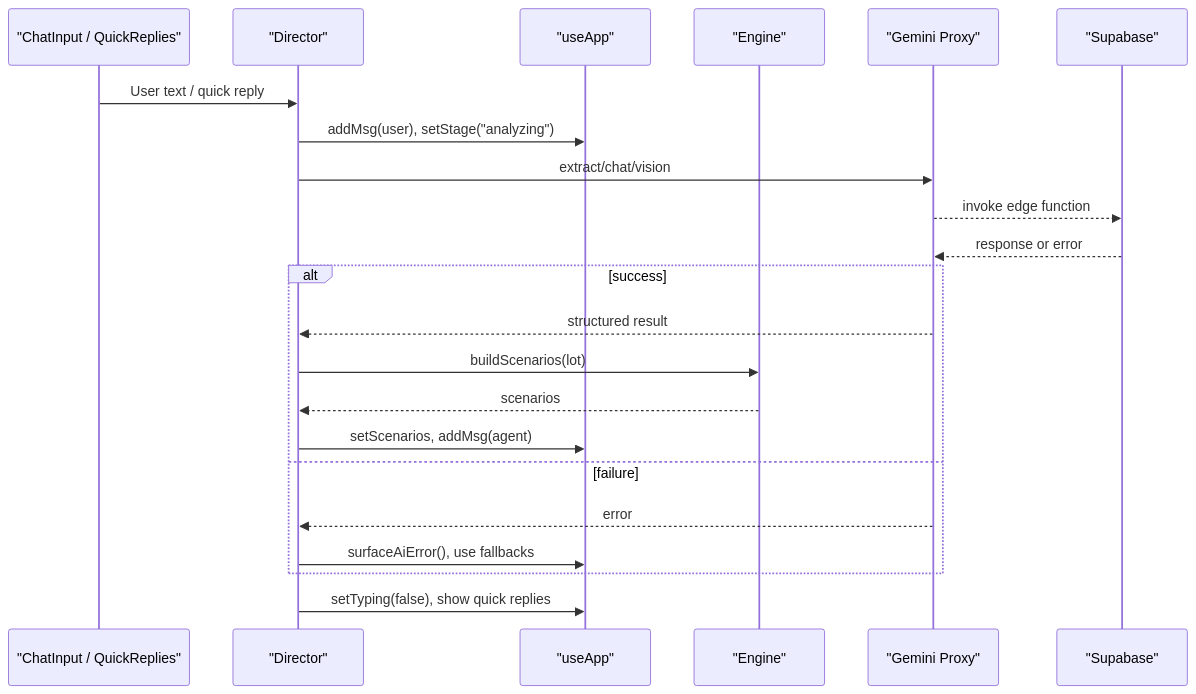
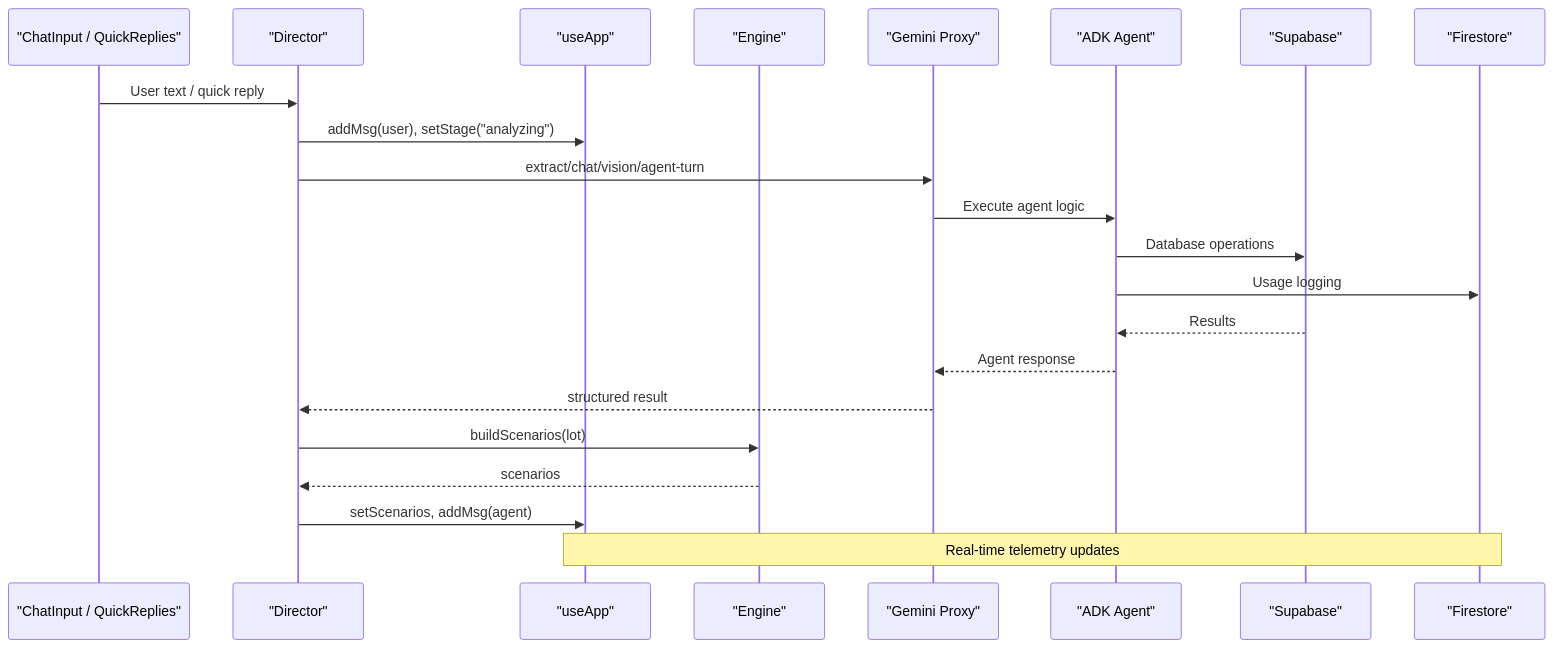
The eighth of 10 diagrams in .qoder/repowiki/en/content/Architecture Overview/Architecture Overview.md (MudassarAbrar/FreshRoute-Ai), drawn with Mermaid before and after one commit. The commit also changed other lines of this file and 10 other files, not shown here.

````diff
--- a/.qoder/repowiki/en/content/Architecture Overview/Architecture Overview.md
+++ b/.qoder/repowiki/en/content/Architecture Overview/Architecture Overview.md
@@ -294,24 +444,24 @@
 ```mermaid
 sequenceDiagram
 participant UI as "ChatInput / QuickReplies"
 participant Dir as "Director"
 participant Store as "useApp"
 participant Eng as "Engine"
 participant AI as "Gemini Proxy"
+participant ADK as "ADK Agent"
 participant SB as "Supabase"
+participant FC as "Firestore"
 UI->>Dir : User text / quick reply
 Dir->>Store : addMsg(user), setStage("analyzing")
-Dir->>AI : extract/chat/vision
-AI-->>SB : invoke edge function
-SB-->>AI : response or error
-alt success
+Dir->>AI : extract/chat/vision/agent-turn
+AI->>ADK : Execute agent logic
+ADK->>SB : Database operations
+ADK->>FC : Usage logging
+SB-->>ADK : Results
+ADK-->>AI : Agent response
 AI-->>Dir : structured result
 Dir->>Eng : buildScenarios(lot)
 Eng-->>Dir : scenarios
 Dir->>Store : setScenarios, addMsg(agent)
-else failure
-AI-->>Dir : error
-Dir->>Store : surfaceAiError(), use fallbacks
-end
-Dir->>Store : setTyping(false), show quick replies
+Note over Store,FC : Real-time telemetry updates
 ```
````
